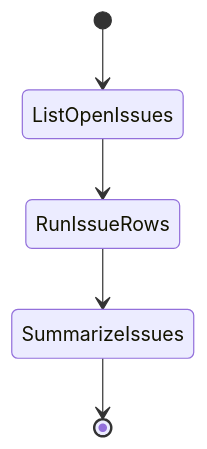
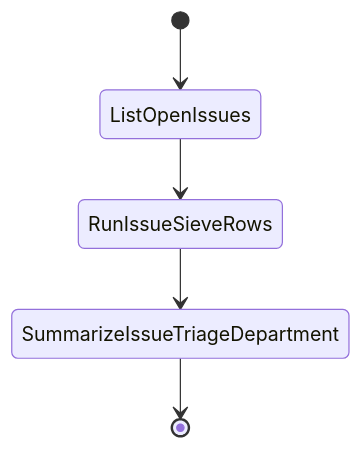
Diagram 37 of 47 in README.md (mikolaj92/lokay), drawn with Mermaid before and after one commit. The commit also changed other lines of this file and 27 other files, not shown here.

````diff
--- a/README.md
+++ b/README.md
@@ -1004,7 +1002,7 @@
 ```mermaid
 stateDiagram-v2
     [*] --> ListOpenIssues
-    ListOpenIssues --> RunIssueRows
-    RunIssueRows --> SummarizeIssues
-    SummarizeIssues --> [*]
+    ListOpenIssues --> RunIssueSieveRows
+    RunIssueSieveRows --> SummarizeIssueTriageDepartment
+    SummarizeIssueTriageDepartment --> [*]
 ```
````
